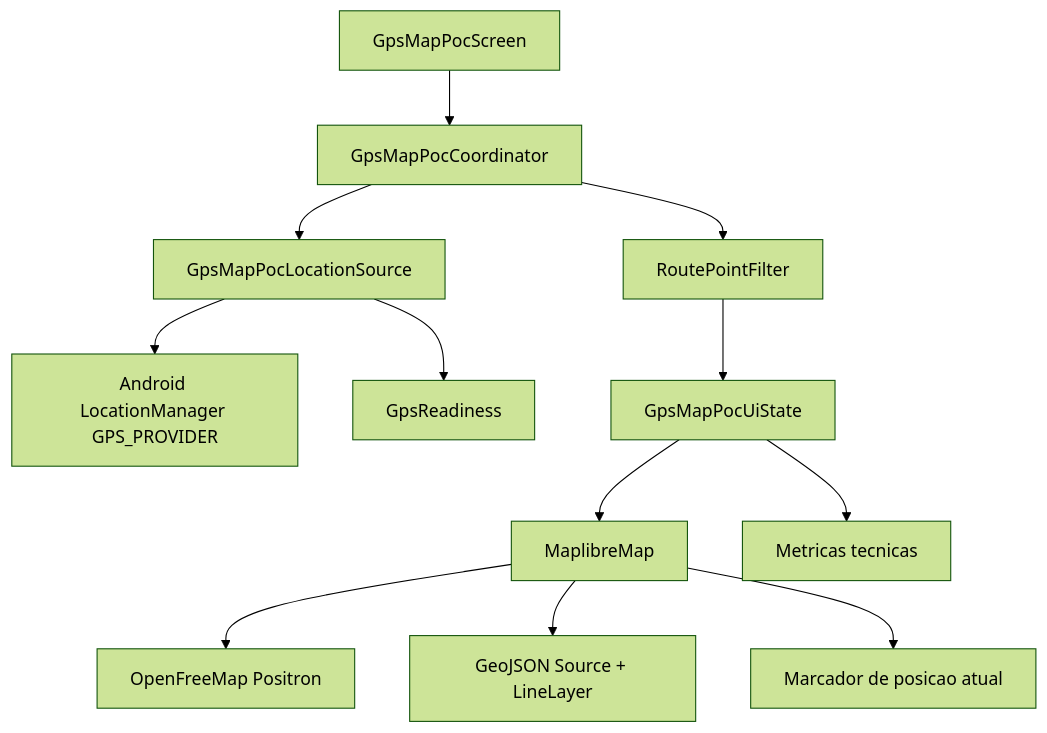
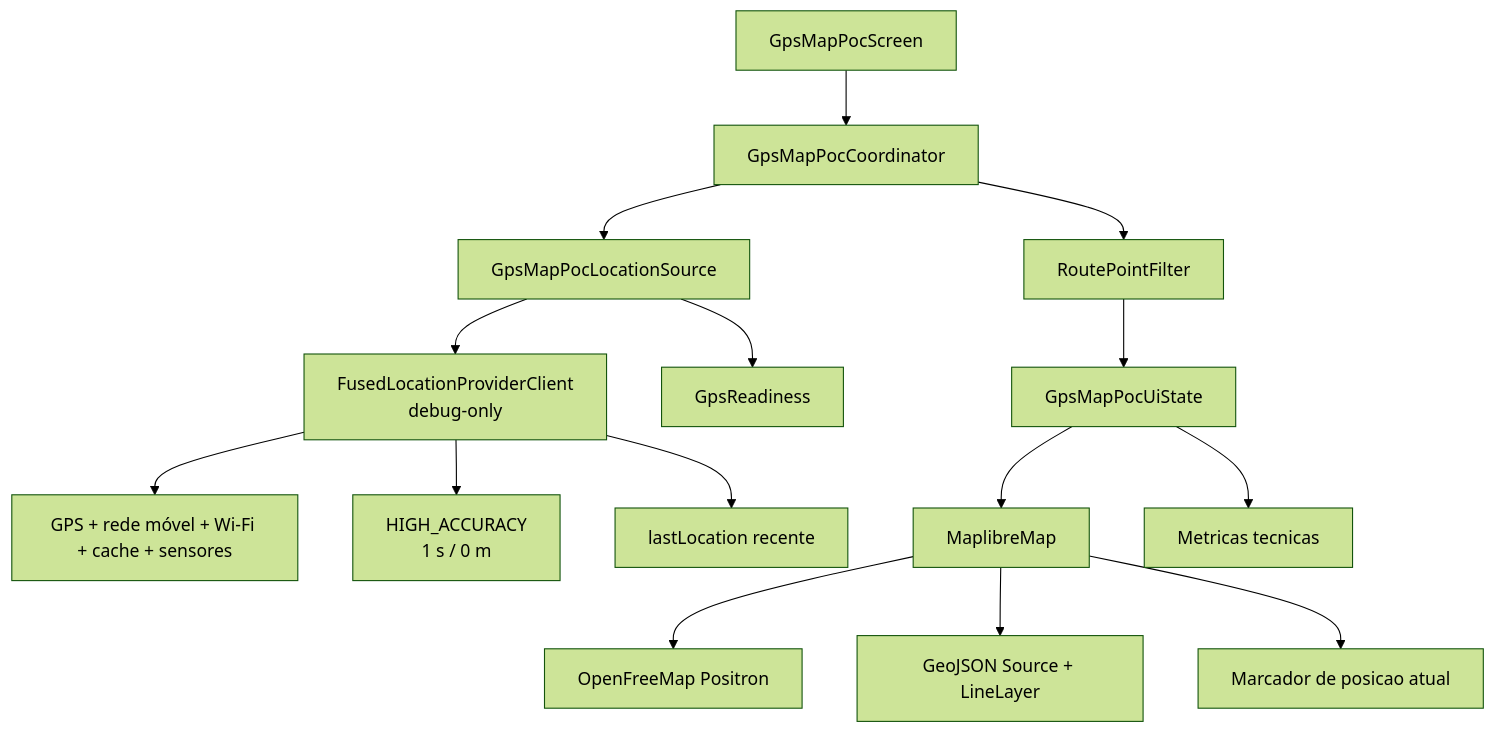
Before and after one commit to willian2s/champion-companion: the first of 2 diagrams in docs/specs/026-maplibre-openfreemap-gps-route-poc.md, drawn with Mermaid (forest theme). The commit also changed other lines of this file and 10 other files, not shown here.

First line of the commit message:
fix(gpspoc): stabilize fused location tracking

````diff
--- a/docs/specs/026-maplibre-openfreemap-gps-route-poc.md
+++ b/docs/specs/026-maplibre-openfreemap-gps-route-poc.md
@@ -351,19 +372,22 @@
 ```mermaid
 flowchart TD
     UI[GpsMapPocScreen] --> C[GpsMapPocCoordinator]
 
-    C --> GPS[GpsMapPocLocationSource]
-    GPS --> LM[Android LocationManager GPS_PROVIDER]
+    C --> SOURCE[GpsMapPocLocationSource]
+    SOURCE --> FUSED[FusedLocationProviderClient<br/>debug-only]
+    FUSED --> INPUT[GPS + rede móvel + Wi-Fi + cache + sensores]
+    FUSED --> REQUEST[HIGH_ACCURACY<br/>1 s / 0 m]
+    FUSED --> SEED[lastLocation recente]
 
-    GPS --> READY[GpsReadiness]
+    SOURCE --> READY[GpsReadiness]
 
     C --> FILTER[RoutePointFilter]
     FILTER --> STATE[GpsMapPocUiState]
 
     STATE --> MAP[MaplibreMap]
     STATE --> METRICS[Metricas tecnicas]
 
     MAP --> BASE[OpenFreeMap Positron]
     MAP --> ROUTE[GeoJSON Source + LineLayer]
     MAP --> POSITION[Marcador de posicao atual]
 ```
````
